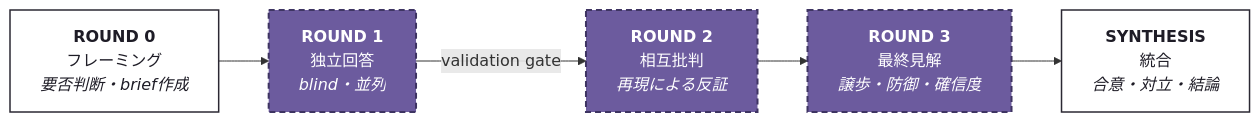
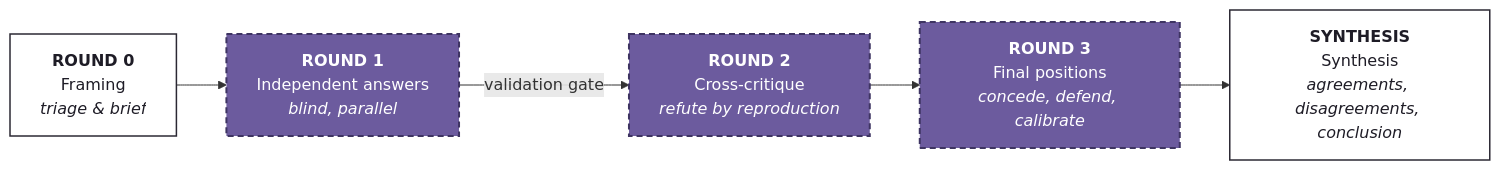
Before and after one commit to makinux/adversarial-panel: the second of 2 diagrams in README.md, drawn with Mermaid. The commit also changed other lines of this file and 1 other file, not shown here.

````diff
--- a/README.md
+++ b/README.md
@@ -49,18 +49,18 @@
 ```mermaid
 flowchart LR
-    R0["<b>ROUND 0</b><br/>フレーミング<br/><i>要否判断・brief作成</i>"]
-    R1["<b>ROUND 1</b><br/>独立回答<br/><i>blind・並列</i>"]
-    R2["<b>ROUND 2</b><br/>相互批判<br/><i>再現による反証</i>"]
-    R3["<b>ROUND 3</b><br/>最終見解<br/><i>譲歩・防御・確信度</i>"]
-    SYN["<b>SYNTHESIS</b><br/>統合<br/><i>合意・対立・結論</i>"]
+    R0["<b>ROUND 0</b><br/>Framing<br/><i>triage & brief</i>"]
+    R1["<b>ROUND 1</b><br/>Independent answers<br/><i>blind, parallel</i>"]
+    R2["<b>ROUND 2</b><br/>Cross-critique<br/><i>refute by reproduction</i>"]
+    R3["<b>ROUND 3</b><br/>Final positions<br/><i>concede, defend, calibrate</i>"]
+    SYN["<b>SYNTHESIS</b><br/>Synthesis<br/><i>agreements, disagreements, conclusion</i>"]
 
     R0 --> R1
     R1 -->|"validation gate"| R2
     R2 --> R3
     R3 --> SYN
 
     classDef facilitator fill:#FFFFFF,stroke:#2B2833,stroke-width:1.5px,color:#1E1C26
     classDef panelist fill:#6C5B9E,stroke:#3E3462,stroke-width:2px,stroke-dasharray:6 4,color:#FFFFFF
     class R0,SYN facilitator
     class R1,R2,R3 panelist
 ```
````
